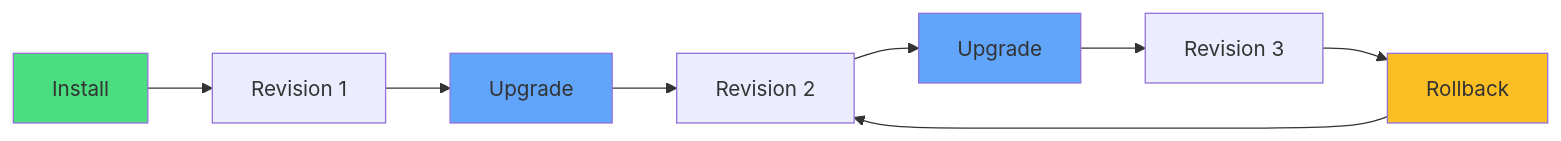
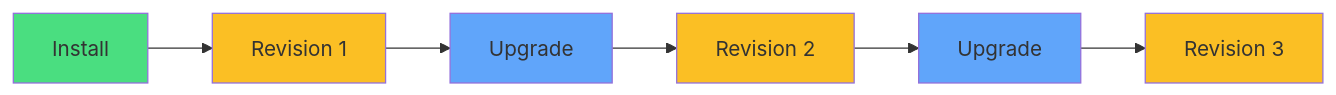
Before and after one commit to courselabs/kubernetes: the ninth of 11 diagrams in slides/helm/slides.md, drawn with Mermaid. The commit also changed other lines of this file and 5 other files, not shown here.

````diff
--- a/slides/helm/slides.md
+++ b/slides/helm/slides.md
@@ -430,14 +461,14 @@
 ```mermaid
 graph LR
     I[Install] --> R1[Revision 1]
     R1 --> U1[Upgrade]
     U1 --> R2[Revision 2]
     R2 --> U2[Upgrade]
     U2 --> R3[Revision 3]
-    R3 --> RB[Rollback]
-    RB --> R2
     style I fill:#4ade80
     style U1 fill:#60a5fa
     style U2 fill:#60a5fa
-    style RB fill:#fbbf24
+    style R1 fill:#fbbf24
+    style R2 fill:#fbbf24
+    style R3 fill:#fbbf24
 ```
````
